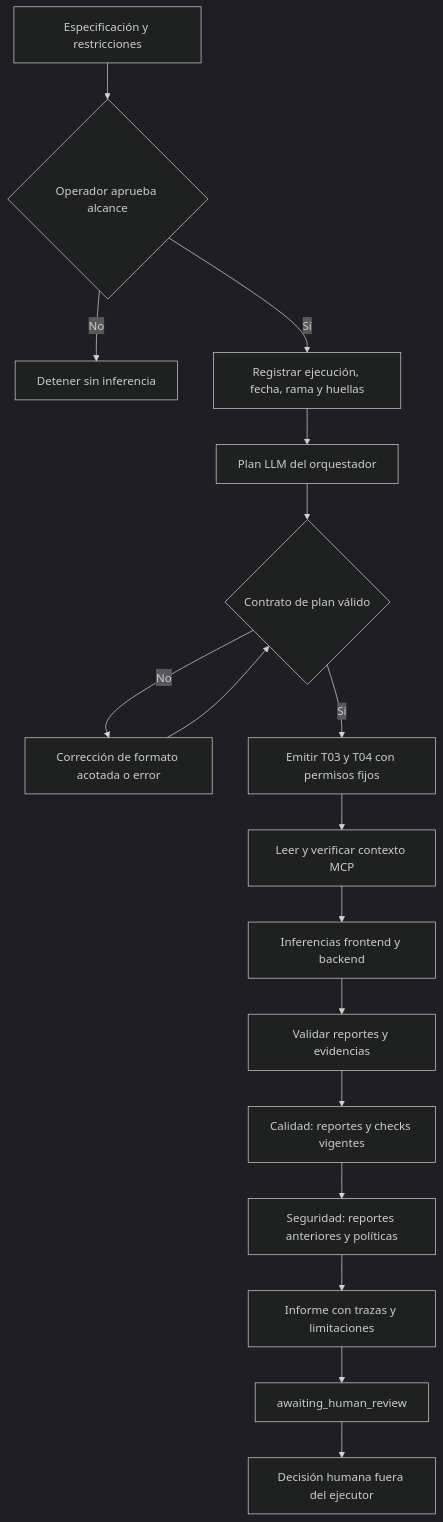
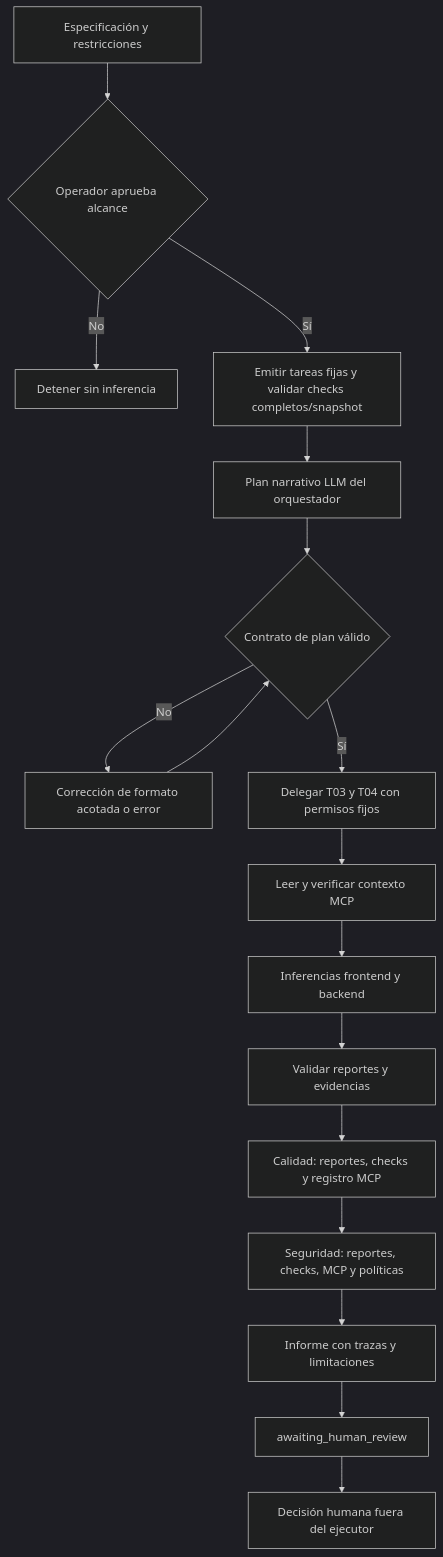
The second of 2 diagrams in docs/taller-5/arquitectura.md (2020morales/opita-360), drawn with Mermaid (dark theme) before and after one commit. The commit also changed other lines of this file and 41 other files, not shown here.

````diff
--- a/docs/taller-5/arquitectura.md
+++ b/docs/taller-5/arquitectura.md
@@ -49,19 +50,19 @@
 ```mermaid
 flowchart TD
     A[Especificación y restricciones] --> B{Operador aprueba alcance}
     B -->|No| X[Detener sin inferencia]
-    B -->|Sí| C[Registrar ejecución, fecha, rama y huellas]
-    C --> D[Plan LLM del orquestador]
+    B -->|Sí| C[Emitir tareas fijas y validar checks completos/snapshot]
+    C --> D[Plan narrativo LLM del orquestador]
     D --> E{Contrato de plan válido}
     E -->|No| Z[Corrección de formato acotada o error]
     Z --> E
-    E -->|Sí| F[Emitir T03 y T04 con permisos fijos]
+    E -->|Sí| F[Delegar T03 y T04 con permisos fijos]
     F --> G[Leer y verificar contexto MCP]
     G --> H[Inferencias frontend y backend]
     H --> I[Validar reportes y evidencias]
-    I --> J[Calidad: reportes y checks vigentes]
-    J --> K[Seguridad: reportes anteriores y políticas]
+    I --> J[Calidad: reportes, checks y registro MCP]
+    J --> K[Seguridad: reportes, checks, MCP y políticas]
     K --> L[Informe con trazas y limitaciones]
     L --> M[awaiting_human_review]
     M --> N[Decisión humana fuera del ejecutor]
 ```
````
